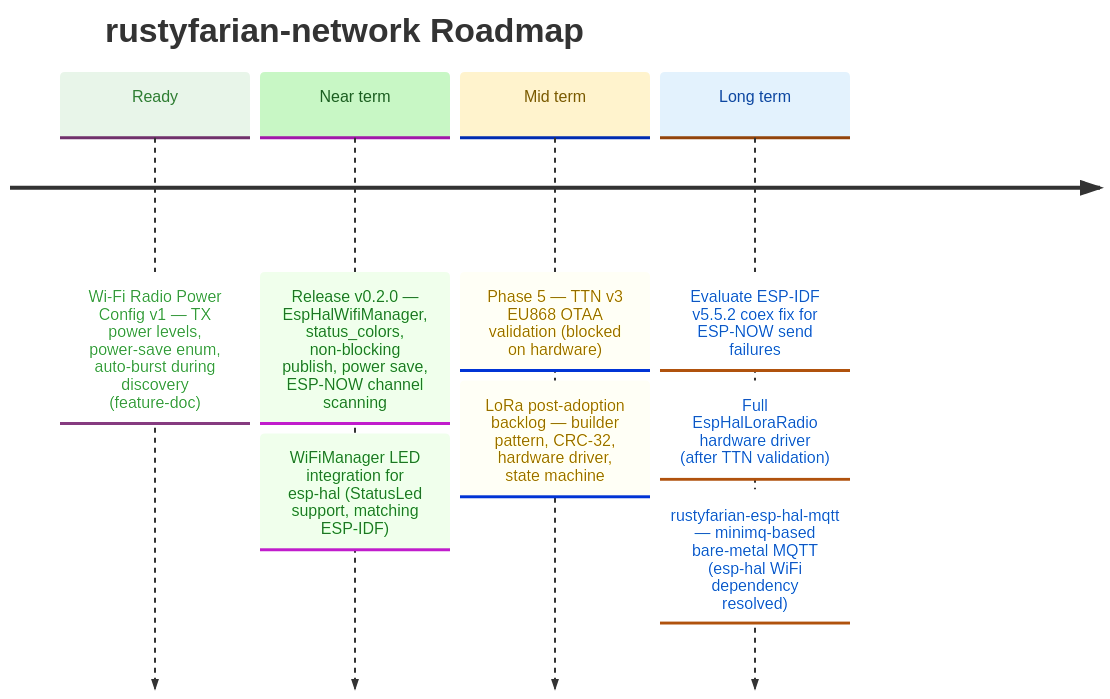
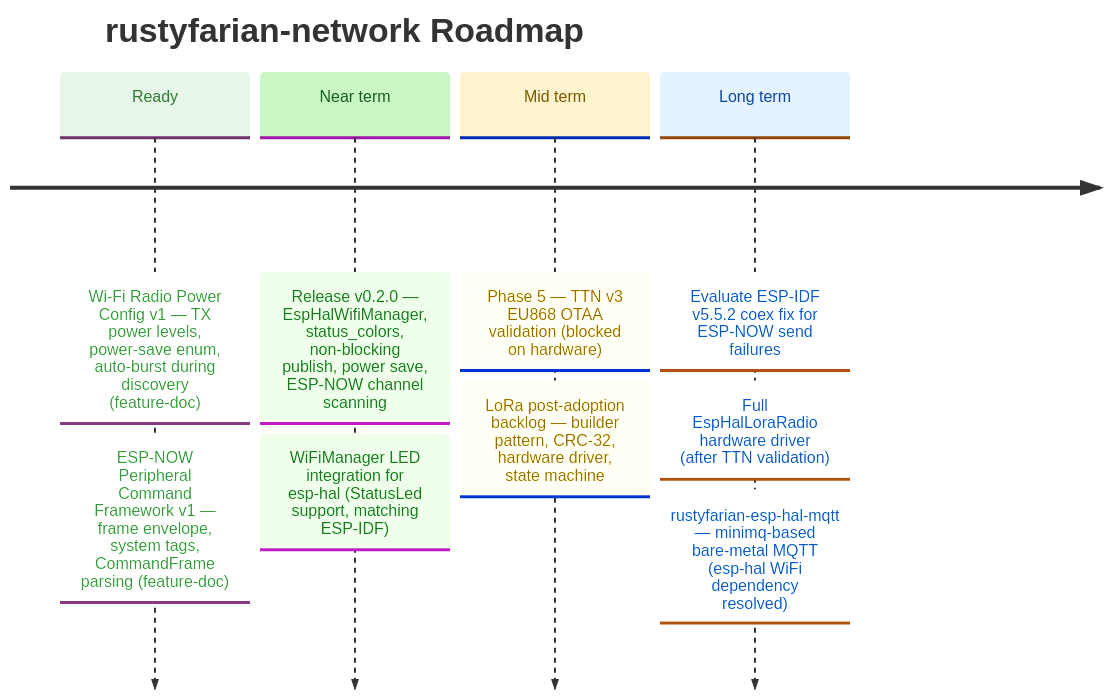
One commit to datenkollektiv/rustyfarian-network changed the diagram in docs/ROADMAP.md. Above: the diagram before and after it, drawn with Mermaid. The commit also changed other lines of this file and 6 other files, not shown here.

````diff
--- a/docs/ROADMAP.md
+++ b/docs/ROADMAP.md
@@ -10,30 +9,31 @@
 ```mermaid
 %%{init: {
   "theme": "base",
   "themeVariables": {
     "cScale0": "#e8f5e9",
     "cScaleLabel0": "#2e7d32",
     "cScale1": "#c8f7c5",
     "cScaleLabel1": "#1b5e20",
     "cScale2": "#fff3cd",
     "cScaleLabel2": "#7a5a00",
     "cScale3": "#e3f2fd",
     "cScaleLabel3": "#0d47a1"
   }
 }}%%
 
 timeline
     title rustyfarian-network Roadmap
 
     Ready     : Wi-Fi Radio Power Config v1 — TX power levels, power-save enum, auto-burst during discovery (feature-doc)
+              : ESP-NOW Peripheral Command Framework v1 — frame envelope, system tags, CommandFrame parsing (feature-doc)
 
     Near term : Release v0.2.0 — EspHalWifiManager, status_colors, non-blocking publish, power save, ESP-NOW channel scanning
               : WiFiManager LED integration for esp-hal (StatusLed support, matching ESP-IDF)
 
     Mid term  : Phase 5 — TTN v3 EU868 OTAA validation (blocked on hardware)
               : LoRa post-adoption backlog — builder pattern, CRC-32, hardware driver, state machine
 
     Long term : Evaluate ESP-IDF v5.5.2 coex fix for ESP-NOW send failures
               : Full EspHalLoraRadio hardware driver (after TTN validation)
               : rustyfarian-esp-hal-mqtt — minimq-based bare-metal MQTT (esp-hal WiFi dependency resolved)
 ```
````
